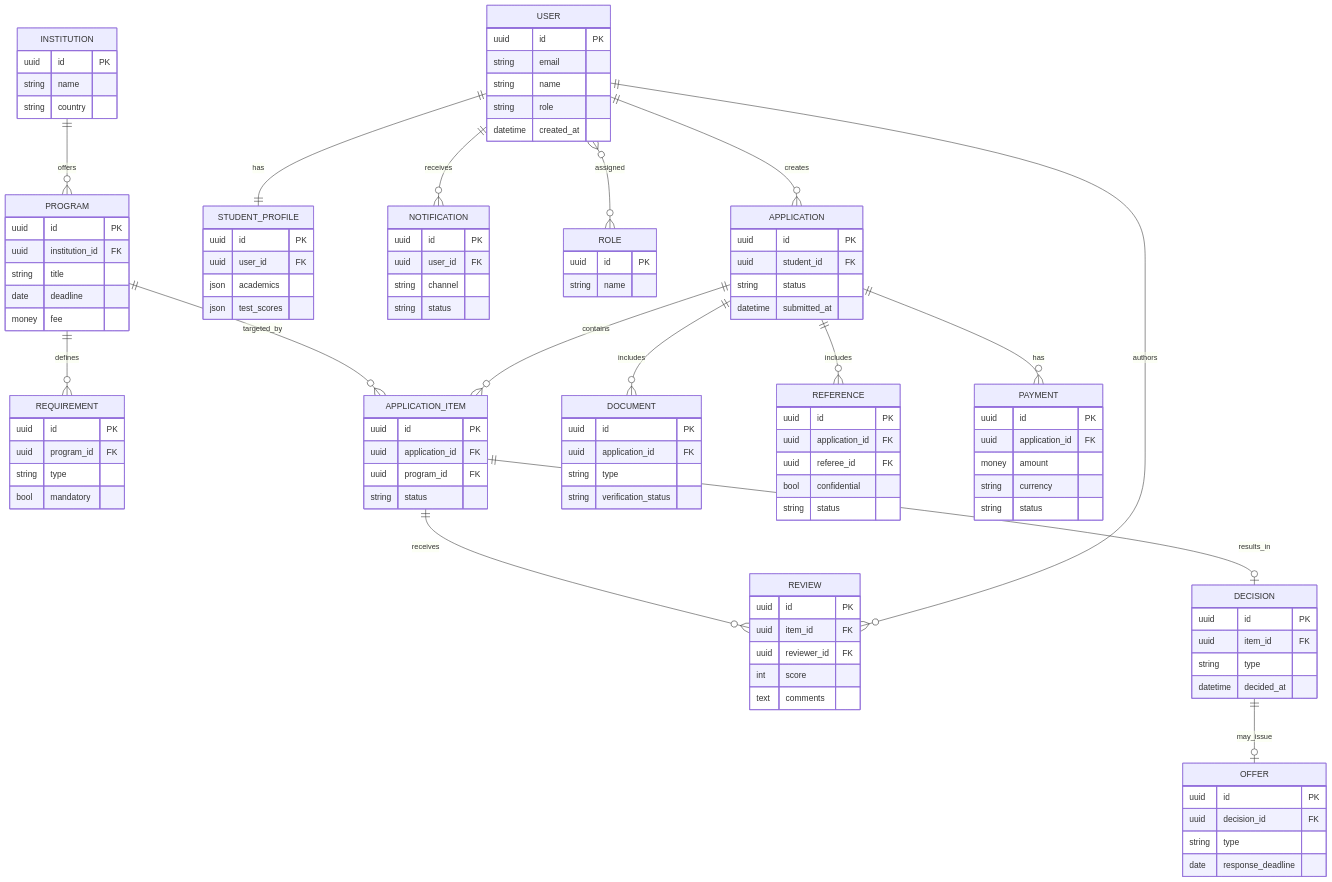
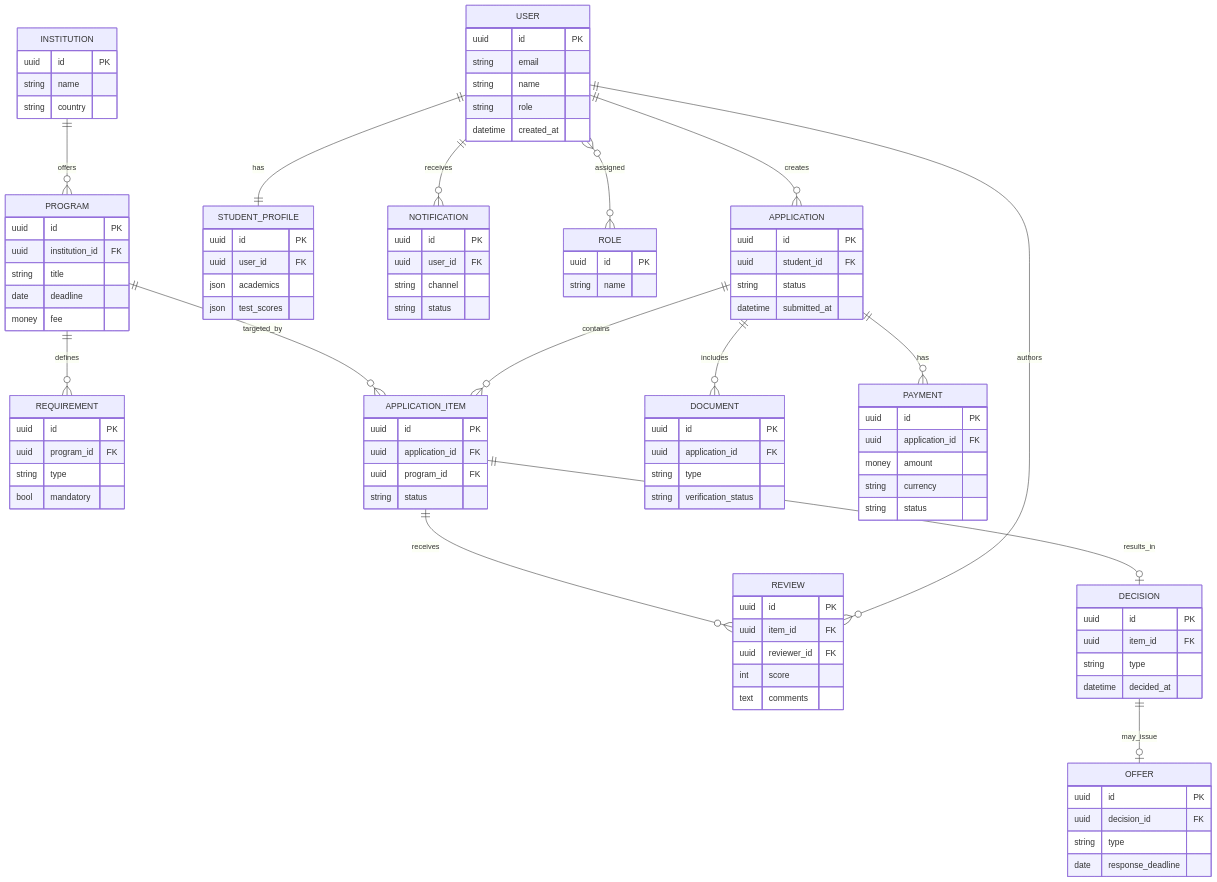
Before and after one commit to eraddy/prepration: the fourth of 8 diagrams in README.md, drawn with Mermaid. The commit also changed other lines of this file, not shown here.

```diff
--- a/README.md
+++ b/README.md
@@ -451,7 +422,6 @@
 
   APPLICATION ||--o{ APPLICATION_ITEM : contains
   APPLICATION ||--o{ DOCUMENT : includes
-  APPLICATION ||--o{ REFERENCE : includes
   APPLICATION ||--o{ PAYMENT : has
 
   APPLICATION_ITEM ||--o{ REVIEW : receives
@@ -508,13 +478,6 @@
     string type
     string verification_status
   }
-  REFERENCE {
-    uuid id PK
-    uuid application_id FK
-    uuid referee_id FK
-    bool confidential
-    string status
-  }
   REVIEW {
     uuid id PK
     uuid item_id FK
```
